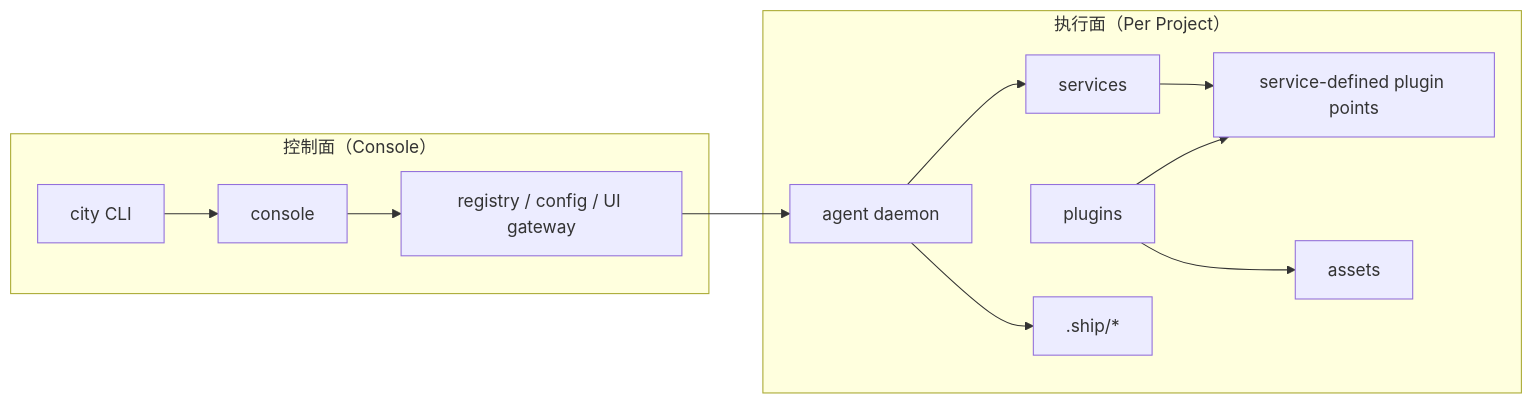
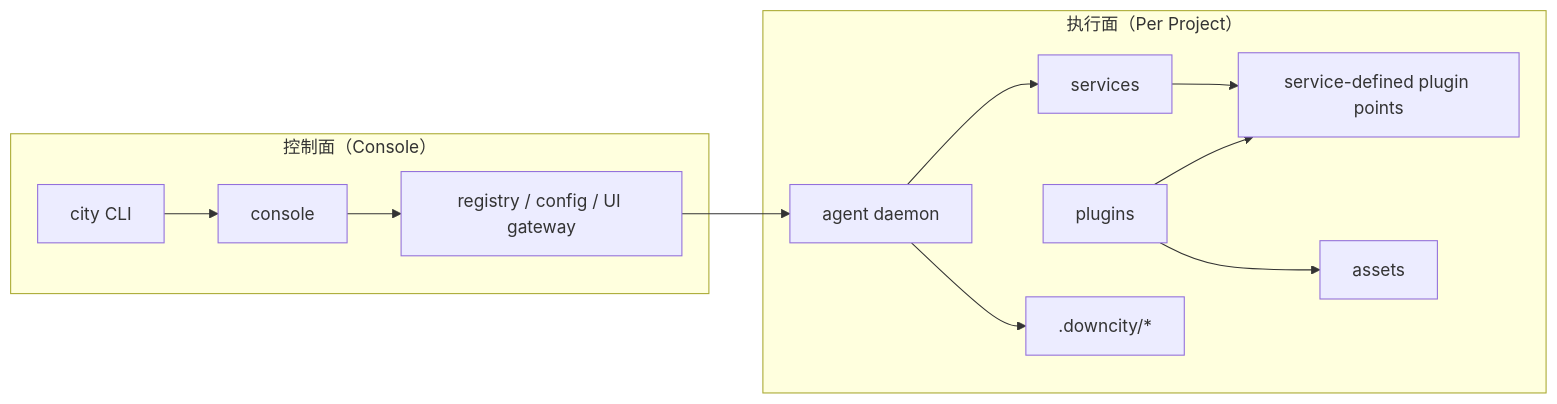
One commit to wangenius/downcity changed the first of 2 diagrams in homepage/content/docs/zh/concepts/logic-map.mdx. Above: the diagram before and after it, drawn with Mermaid. The commit also changed 240 other files, not shown here.

````diff
--- a/homepage/content/docs/zh/concepts/logic-map.mdx
+++ b/homepage/content/docs/zh/concepts/logic-map.mdx
@@ -22,17 +22,17 @@
 ```mermaid
 flowchart LR
   subgraph CP["控制面（Console）"]
     CLI["city CLI"] --> CONSOLE["console"]
     CONSOLE --> REG["registry / config / UI gateway"]
   end
 
   subgraph DP["执行面（Per Project）"]
     AGENT["agent daemon"] --> SERVICES["services"]
     SERVICES --> POINTS["service-defined plugin points"]
     PLUGINS["plugins"] --> POINTS
     PLUGINS --> ASSETS["assets"]
-    AGENT --> SHIP[".ship/*"]
+    AGENT --> SHIP[".downcity/*"]
   end
 
   REG --> AGENT
 ```
````
